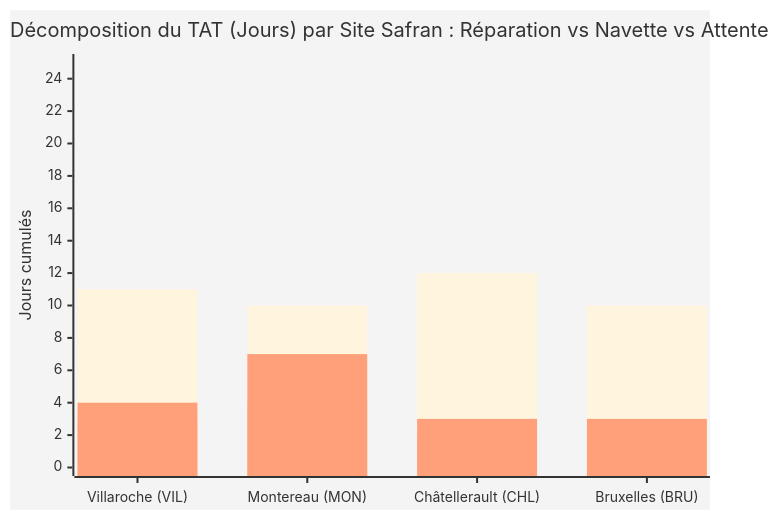
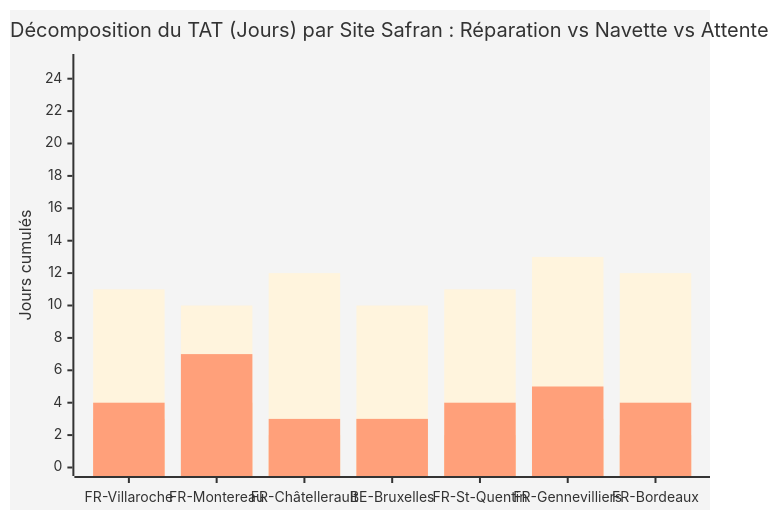
Before and after one commit to quangfr/bimaestro: the sixth of 12 diagrams in content.md, drawn with Mermaid. The commit also changed other lines of this file and 2 other files, not shown here.

Commit message:
feat: alignement modele etape 2 Pxxxxx/D-xxxxx, timeline jalons 4H, matrix 6F, treemap 6H et finitions UX

````diff
--- a/content.md
+++ b/content.md
@@ -361,10 +378,10 @@
 ```mermaid
 %%{init: {'theme': 'base', 'themeVariables': { 'primaryColor': '#3b82f6'}}}%%
 xychart-beta
     title "Décomposition du TAT (Jours) par Site Safran : Réparation vs Navette vs Attente"
-    x-axis ["Villaroche (VIL)", "Montereau (MON)", "Châtellerault (CHL)", "Bruxelles (BRU)"]
+    x-axis ["FR-Villaroche", "FR-Montereau", "FR-Châtellerault", "BE-Bruxelles", "FR-St-Quentin", "FR-Gennevilliers", "FR-Bordeaux"]
     y-axis "Jours cumulés" 0 --> 25
-    bar [11, 10, 12, 10]
-    bar [3, 4, 2, 3]
-    bar [4, 7, 3, 3]
+    bar [11, 10, 12, 10, 11, 13, 12]
+    bar [3, 4, 2, 3, 2, 3, 2]
+    bar [4, 7, 3, 3, 4, 5, 4]
 ```
````
